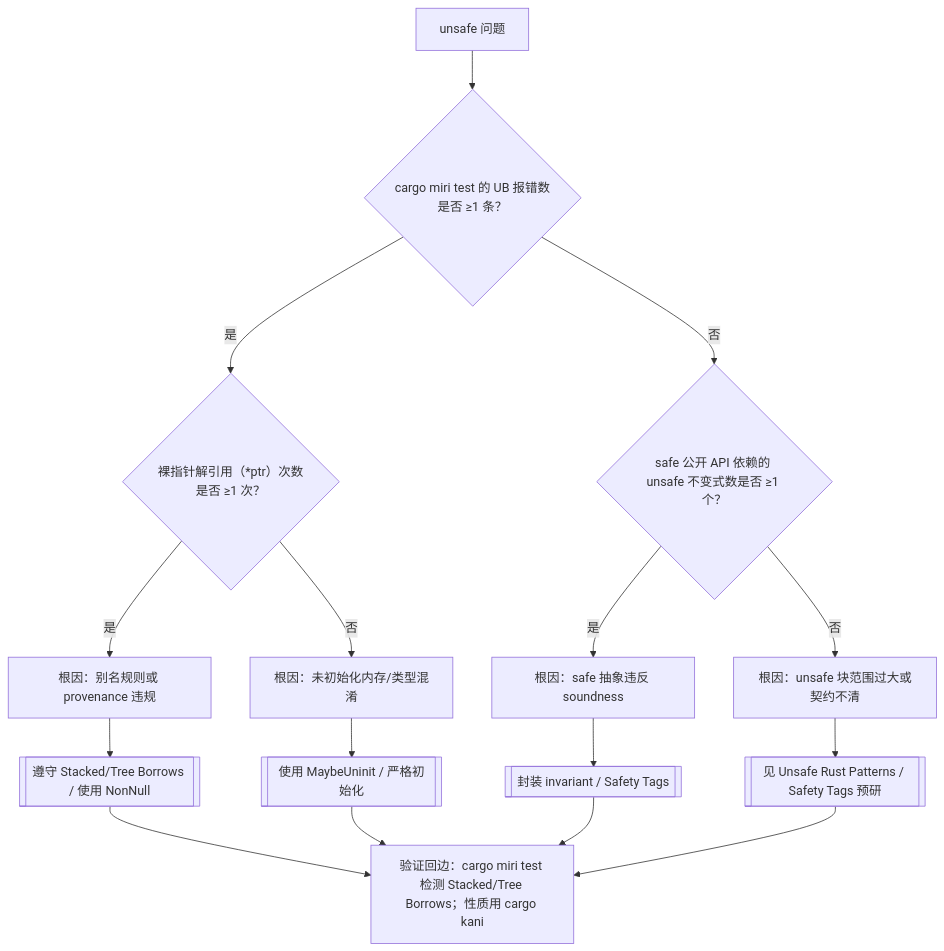
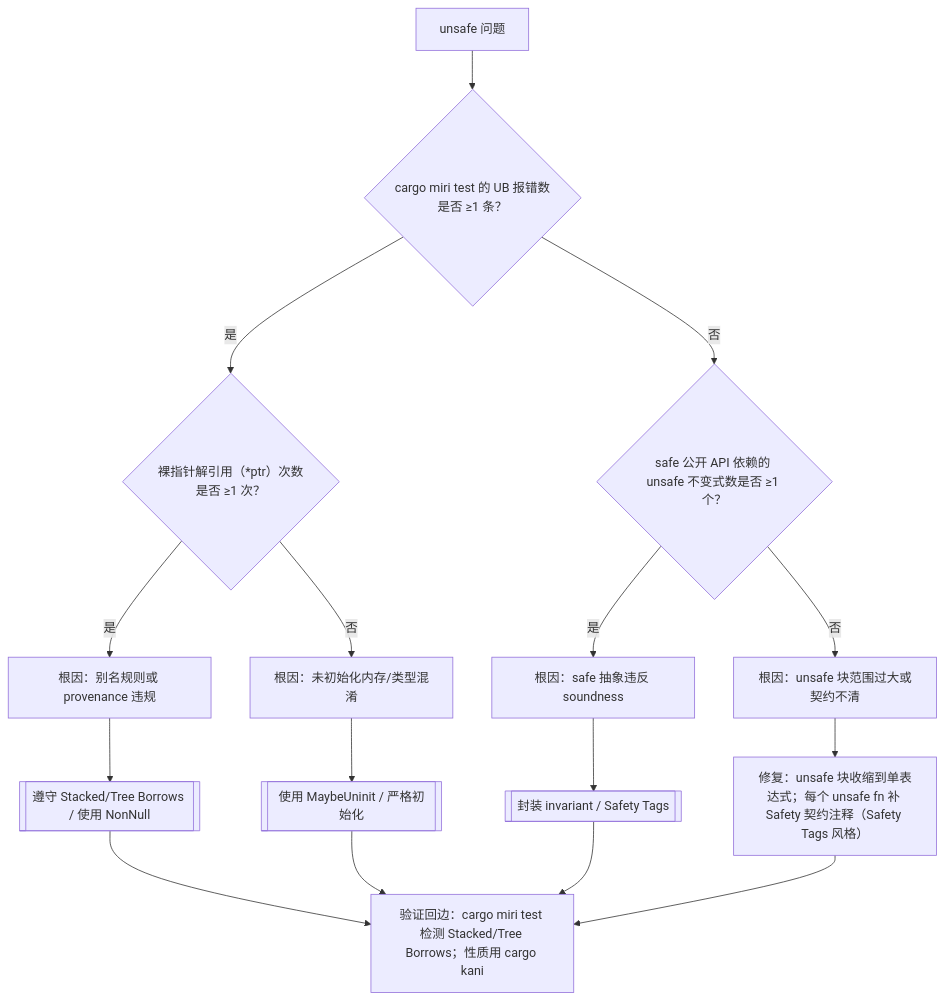
The fifth of 6 diagrams in concept/00_meta/knowledge_topology/09_reasoning_judgment_tree_atlas.md (martin-ly/rust-lang), drawn with Mermaid before and after one commit. The commit also changed other lines of this file and 1409 other files, not shown here.

````diff
--- a/concept/00_meta/knowledge_topology/09_reasoning_judgment_tree_atlas.md
+++ b/concept/00_meta/knowledge_topology/09_reasoning_judgment_tree_atlas.md
@@ -138,18 +138,18 @@
 ```mermaid
 flowchart TD
     U[unsafe 问题] --> Q1{"cargo miri test 的 UB 报错数是否 ≥1 条？"}
     Q1 -->|是| Q2{"裸指针解引用（*ptr）次数是否 ≥1 次？"}
     Q2 -->|是| R1[根因：别名规则或 provenance 违规]
     Q2 -->|否| R2[根因：未初始化内存/类型混淆]
     Q1 -->|否| Q3{"safe 公开 API 依赖的 unsafe 不变式数是否 ≥1 个？"}
     Q3 -->|是| R3[根因：safe 抽象违反 soundness]
     Q3 -->|否| R4[根因：unsafe 块范围过大或契约不清]
     R1 --> F1[[遵守 Stacked/Tree Borrows / 使用 NonNull]]
     R2 --> F2[[使用 MaybeUninit / 严格初始化]]
     R3 --> F3[[封装 invariant / Safety Tags]]
-    R4 --> F4[[见 Unsafe Rust Patterns / Safety Tags 预研]]
+    R4 --> F4[修复：unsafe 块收缩到单表达式；每个 unsafe fn 补 Safety 契约注释（Safety Tags 风格）]
     F1 --> V5[验证回边：cargo miri test 检测 Stacked/Tree Borrows；性质用 cargo kani]
     F2 --> V5
     F3 --> V5
     F4 --> V5
 ```
````
